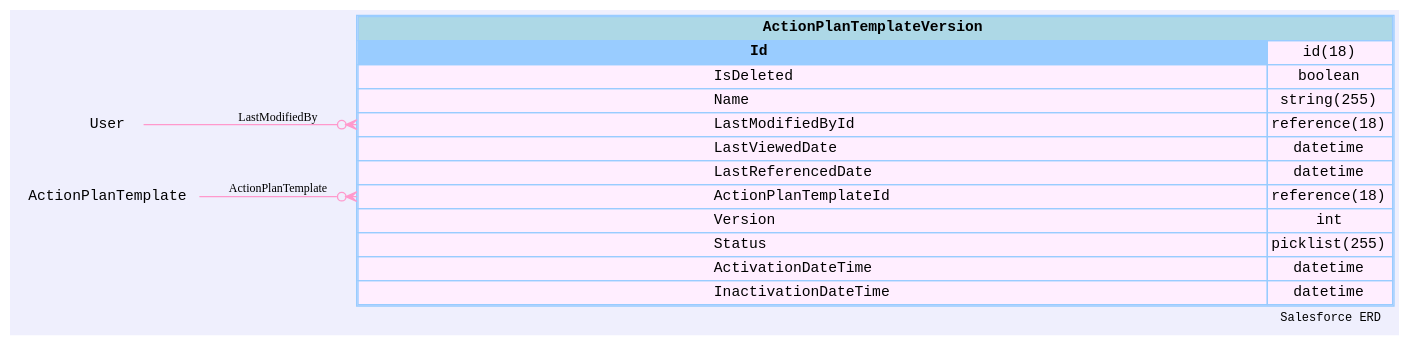
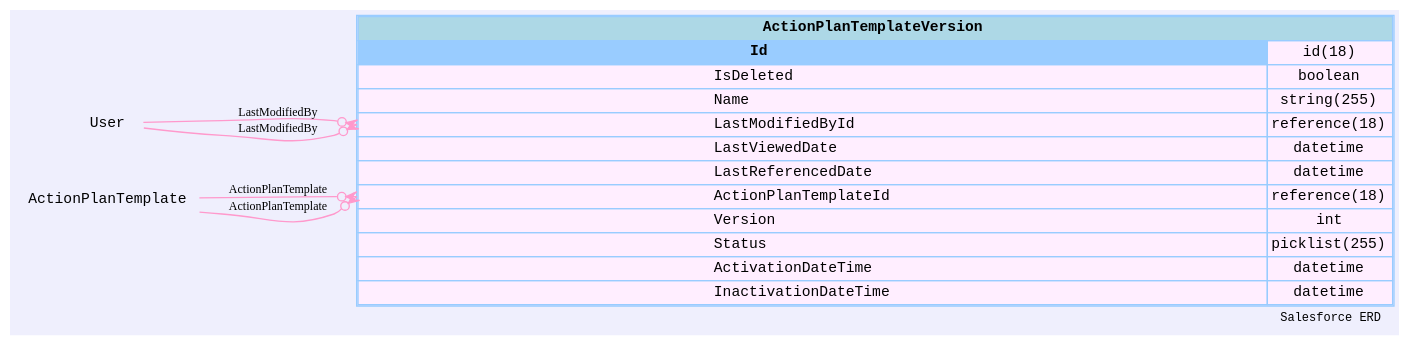
One commit to mohan-chinnappan-n/FSC-modeling changed the diagram in ActionPlan/img/ActionPlanTemplateVersion.svg.dot. Above: the diagram before and after it, drawn with Graphviz. The commit also changed 3 other files, not shown here.

Commit message:
action plan update

```diff
--- a/ActionPlan/img/ActionPlanTemplateVersion.svg.dot
+++ b/ActionPlan/img/ActionPlanTemplateVersion.svg.dot
@@ -1,87 +1,154 @@
 
         digraph "Salesforce+ ERD" {  
             graph [  
               rankdir="RL"  
               bgcolor="#efeffd"  
               label="Salesforce ERD "  
               labeljust="r"  
               nodesep="0.18"  
               ranksep="0.46"        
               fontname="Courier"  
               fontsize="9"  
             ];  
             node [  
               fontname="Courier"  
               fontsize="11"  
               shape="plaintext"  
               color="#99ccff"  
             ];  
             edge [ arrowsize="0.8"   ];
         
             ActionPlanTemplateVersion [shape=none, margin=0, label=<
                 <table border="1" cellborder="1" cellspacing="0" bgcolor="#ffeeff" >   
                   <tr><td colspan="3" bgcolor="lightblue"><b>ActionPlanTemplateVersion</b></td></tr>
              <tr>
                                         <td  bgcolor="#99ccff" port="Id" align="left">
                                            <b>Id</b>
                                         </td><td>id(18)</td></tr> <tr>
                                          <td port="IsDeleted" align="left">
                                          IsDeleted
                                        </td><td>boolean</td></tr> <tr>
                                          <td port="Name" align="left">
                                          Name
                                        </td><td>string(255)</td></tr> <tr>
                                          <td port="LastModifiedById" align="left">
                                          LastModifiedById
                                        </td><td>reference(18)</td></tr> <tr>
                                          <td port="LastViewedDate" align="left">
                                          LastViewedDate
                                        </td><td>datetime</td></tr> <tr>
                                          <td port="LastReferencedDate" align="left">
                                          LastReferencedDate
                                        </td><td>datetime</td></tr> <tr>
                                          <td port="ActionPlanTemplateId" align="left">
                                          ActionPlanTemplateId
                                        </td><td>reference(18)</td></tr> <tr>
                                          <td port="Version" align="left">
                                          Version
                                        </td><td>int</td></tr> <tr>
                                          <td port="Status" align="left">
                                          Status
                                        </td><td>picklist(255)</td></tr> <tr>
                                          <td port="ActivationDateTime" align="left">
                                          ActivationDateTime
                                        </td><td>datetime</td></tr> <tr>
                                          <td port="InactivationDateTime" align="left">
                                          InactivationDateTime
                                        </td><td>datetime</td></tr>            
                 </table>
                 >
                   URL="#"
                   tooltip=" ActionPlanTemplateVersion "
                 ];
             
                             "ActionPlanTemplateVersion" : "LastModifiedById": w -> 
                                   "User" : "Id" 
                                            : e 
                                           [arrowhead=none 
                                            dir=back 
                                            arrowtail=crowodot 
                                            color="#ff99cc"
                                            label="LastModifiedBy"
                                            fontname="Monaco"
                                            fontsize="9"
                                           ];
                       
                             "ActionPlanTemplateVersion" : "ActionPlanTemplateId": w -> 
                                   "ActionPlanTemplate" : "Id" 
                                            : e 
                                           [arrowhead=none 
                                            dir=back 
                                            arrowtail=crowodot 
                                            color="#ff99cc"
                                            label="ActionPlanTemplate"
                                            fontname="Monaco"
                                            fontsize="9"
                                           ];
+                      
+            ActionPlanTemplateVersion [shape=none, margin=0, label=<
+                <table border="1" cellborder="1" cellspacing="0" bgcolor="#ffeeff" >   
+                  <tr><td colspan="3" bgcolor="lightblue"><b>ActionPlanTemplateVersion</b></td></tr>
+             <tr>
+                                        <td  bgcolor="#99ccff" port="Id" align="left">
+                                           <b>Id</b>
+                                        </td><td>id(18)</td></tr> <tr>
+                                         <td port="IsDeleted" align="left">
+                                         IsDeleted
+                                       </td><td>boolean</td></tr> <tr>
+                                         <td port="Name" align="left">
+                                         Name
+                                       </td><td>string(255)</td></tr> <tr>
+                                         <td port="LastModifiedById" align="left">
+                                         LastModifiedById
+                                       </td><td>reference(18)</td></tr> <tr>
+                                         <td port="LastViewedDate" align="left">
+                                         LastViewedDate
+                                       </td><td>datetime</td></tr> <tr>
+                                         <td port="LastReferencedDate" align="left">
+                                         LastReferencedDate
+                                       </td><td>datetime</td></tr> <tr>
+                                         <td port="ActionPlanTemplateId" align="left">
+                                         ActionPlanTemplateId
+                                       </td><td>reference(18)</td></tr> <tr>
+                                         <td port="Version" align="left">
+                                         Version
+                                       </td><td>int</td></tr> <tr>
+                                         <td port="Status" align="left">
+                                         Status
+                                       </td><td>picklist(255)</td></tr> <tr>
+                                         <td port="ActivationDateTime" align="left">
+                                         ActivationDateTime
+                                       </td><td>datetime</td></tr> <tr>
+                                         <td port="InactivationDateTime" align="left">
+                                         InactivationDateTime
+                                       </td><td>datetime</td></tr>            
+                </table>
+                >
+                  URL="#"
+                  tooltip=" ActionPlanTemplateVersion "
+                ];
+            
+                            "ActionPlanTemplateVersion" : "LastModifiedById": w -> 
+                                  "User" : "Id" 
+                                           : e 
+                                          [arrowhead=none 
+                                           dir=back 
+                                           arrowtail=crowodot 
+                                           color="#ff99cc"
+                                           label="LastModifiedBy"
+                                           fontname="Monaco"
+                                           fontsize="9"
+                                          ];
+                      
+                            "ActionPlanTemplateVersion" : "ActionPlanTemplateId": w -> 
+                                  "ActionPlanTemplate" : "Id" 
+                                           : e 
+                                          [arrowhead=none 
+                                           dir=back 
+                                           arrowtail=crowodot 
+                                           color="#ff99cc"
+                                           label="ActionPlanTemplate"
+                                           fontname="Monaco"
+                                           fontsize="9"
+                                          ];
                       }
```
